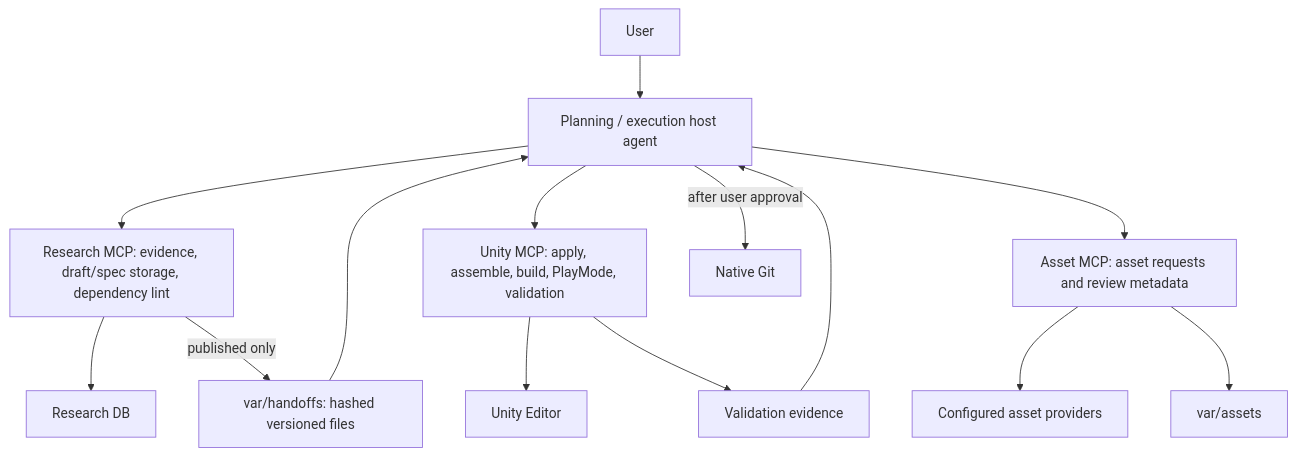
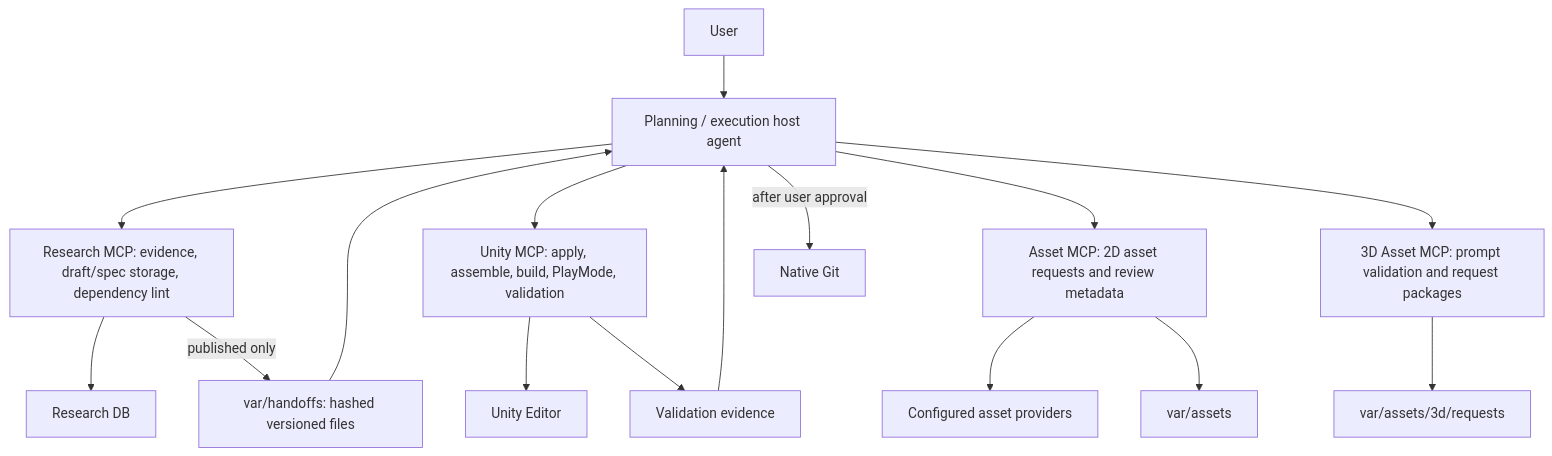
One commit to JugleGame/Game-Develop-Orchestration changed the diagram in docs/architecture.md. Above: the diagram before and after it, drawn with Mermaid. The commit also changed other lines of this file and 7 other files, not shown here.

First line of the commit message:
feat(asset3d)!: register 3D asset MCP

````diff
--- a/docs/architecture.md
+++ b/docs/architecture.md
@@ -8,14 +8,16 @@
 ```mermaid
 flowchart TB
     U["User"] --> H["Planning / execution host agent"]
     H --> R["Research MCP: evidence, draft/spec storage, dependency lint"]
     H --> N["Unity MCP: apply, assemble, build, PlayMode, validation"]
-    H --> A["Asset MCP: asset requests and review metadata"]
+    H --> A["Asset MCP: 2D asset requests and review metadata"]
+    H --> A3["3D Asset MCP: prompt validation and request packages"]
     R --> DB["Research DB"]
     R -->|"published only"| HO["var/handoffs: hashed versioned files"] --> H
     N --> UE["Unity Editor"]
     A --> PX["Configured asset providers"]
     A --> V["var/assets"]
+    A3 --> R3["var/assets/3d/requests"]
     N --> E["Validation evidence"] --> H
     H -->|"after user approval"| G["Native Git"]
 ```
````
